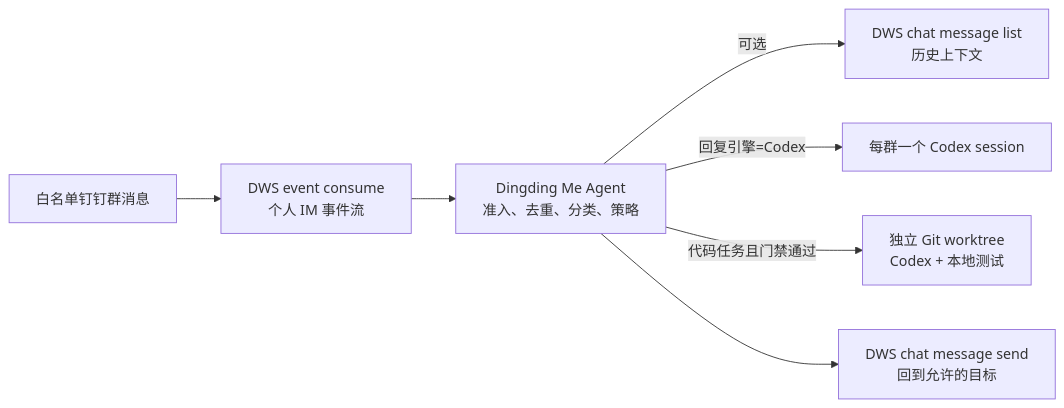
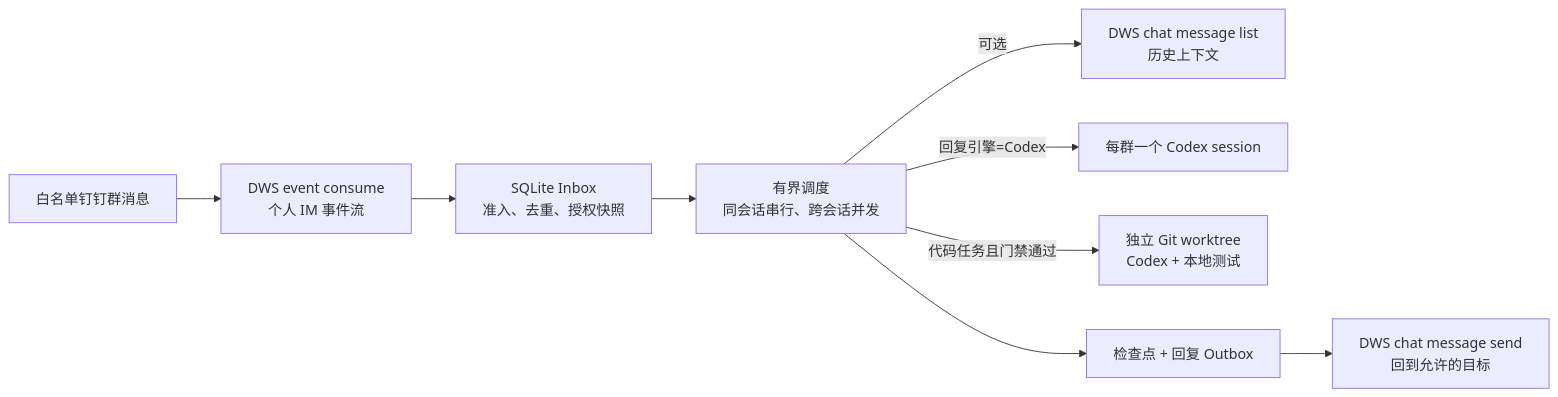
Before and after one commit to howtimeschange/dingding-me-agent: the diagram in README.md, drawn with Mermaid. The commit also changed other lines of this file and 12 other files, not shown here.

````diff
--- a/README.md
+++ b/README.md
@@ -14,9 +17,11 @@
 ```mermaid
 flowchart LR
   G["白名单钉钉群消息"] --> D["DWS event consume\n个人 IM 事件流"]
-  D --> A["Dingding Me Agent\n准入、去重、分类、策略"]
+  D --> I["SQLite Inbox\n准入、去重、授权快照"]
+  I --> A["有界调度\n同会话串行、跨会话并发"]
   A -->|"可选"| H["DWS chat message list\n历史上下文"]
   A -->|"回复引擎=Codex"| C["每群一个 Codex session"]
   A -->|"代码任务且门禁通过"| W["独立 Git worktree\nCodex + 本地测试"]
-  A --> O["DWS chat message send\n回到允许的目标"]
+  A --> Q["检查点 + 回复 Outbox"]
+  Q --> O["DWS chat message send\n回到允许的目标"]
 ```
````
